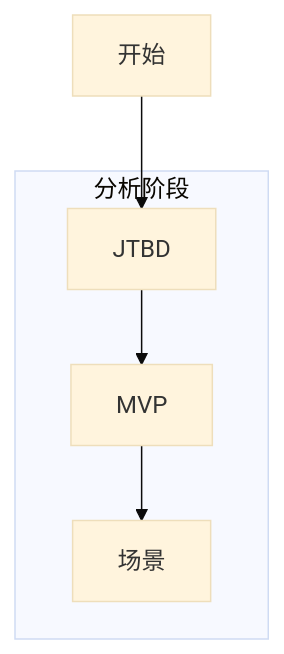
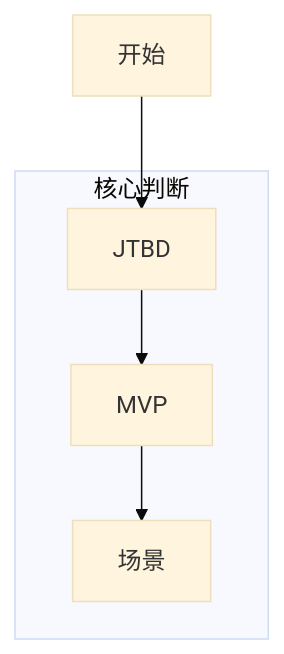
The third of 20 diagrams in references/mermaid-best-practices.md (ssdiwu/product-thinking), drawn with Mermaid (base theme) before and after one commit. The commit also changed other lines of this file and 31 other files, not shown here.

````diff
--- a/references/mermaid-best-practices.md
+++ b/references/mermaid-best-practices.md
@@ -196,14 +197,14 @@
 ```mermaid
 graph TD
     A[开始]
 
-    subgraph 分析阶段
+    subgraph 核心判断
         B[JTBD]
         C[MVP]
         D[场景]
     end
 
     A --> B
     B --> C
     C --> D
 ```
````
